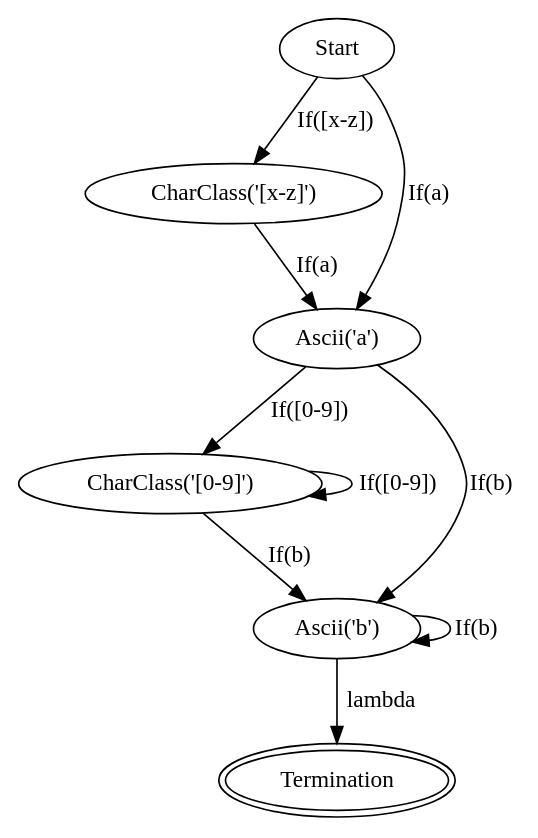
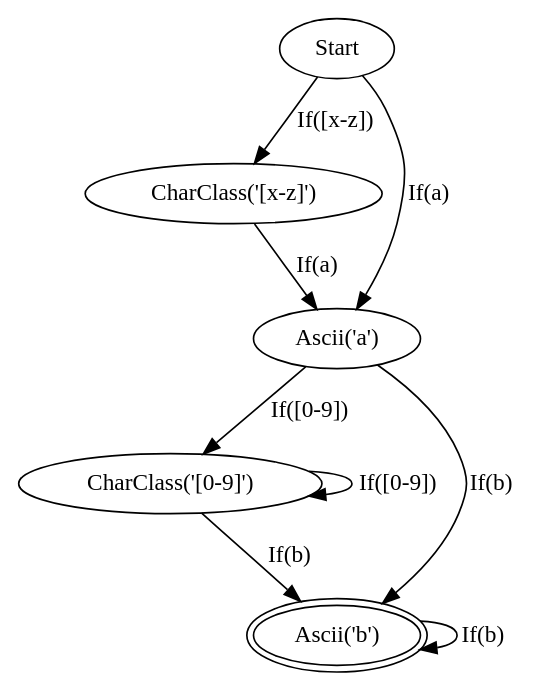
Before and after one commit to kerfmanner/Regex_FSM: the diagram in examples/pattern2.dot, drawn with Graphviz. The commit also changed 14 other files, not shown here.

```diff
--- a/examples/pattern2.dot
+++ b/examples/pattern2.dot
@@ -1,17 +1,15 @@
 digraph FSM {
 node0 [label="Start"];
 node0 -> node1 [label="If([x-z])"];
 node0 -> node2 [label="If(a)"];
 node1 [label="CharClass('[x-z]')"];
 node1 -> node2 [label="If(a)"];
 node2 [label="Ascii('a')"];
 node2 -> node3 [label="If([0-9])"];
 node2 -> node4 [label="If(b)"];
 node3 [label="CharClass('[0-9]')"];
 node3 -> node3 [label="If([0-9])"];
 node3 -> node4 [label="If(b)"];
-node4 [label="Ascii('b')"];
+node4 [label="Ascii('b')", peripheries=2];
 node4 -> node4 [label="If(b)"];
-node4 -> node5 [label="lambda"];
-node5 [label="Termination", peripheries=2];
 }
```
